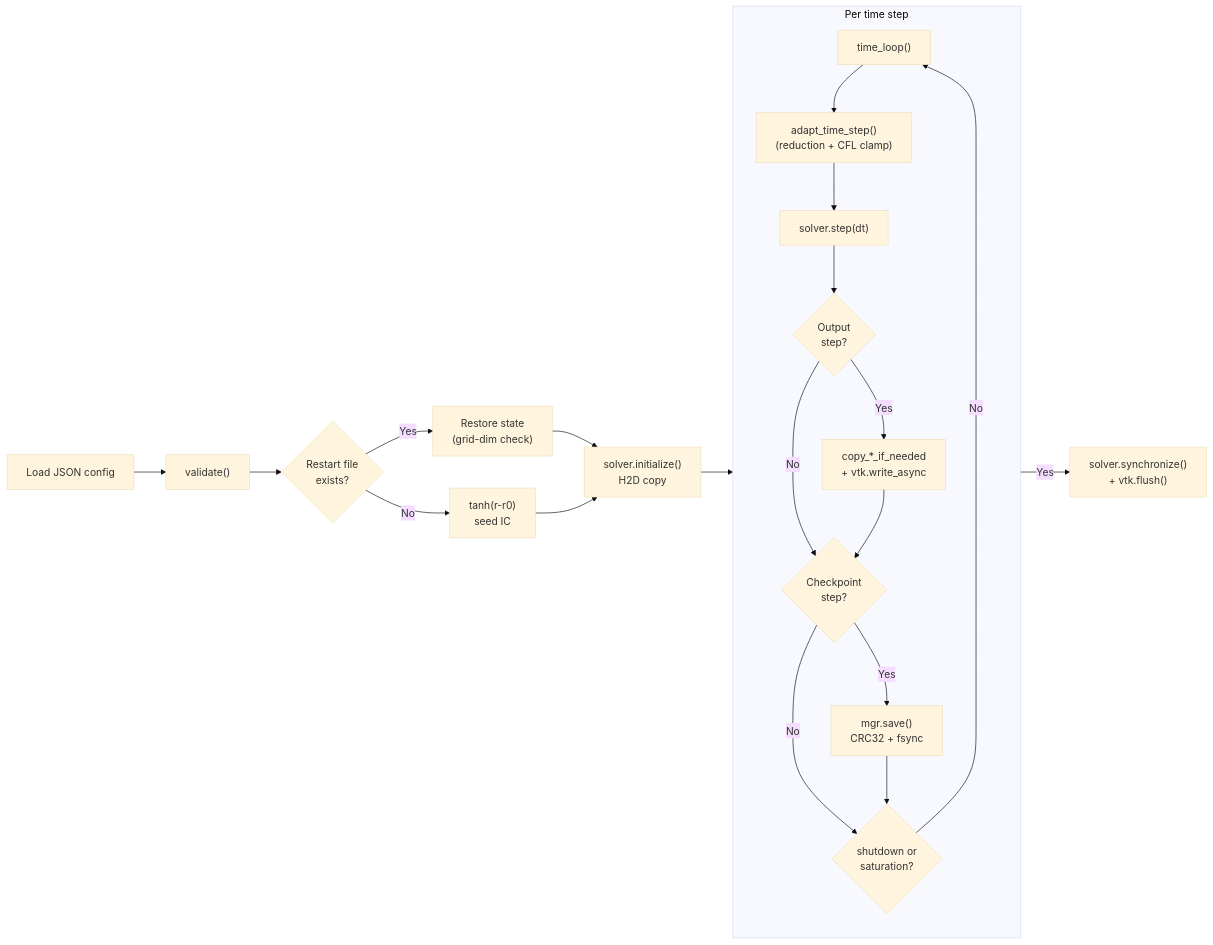
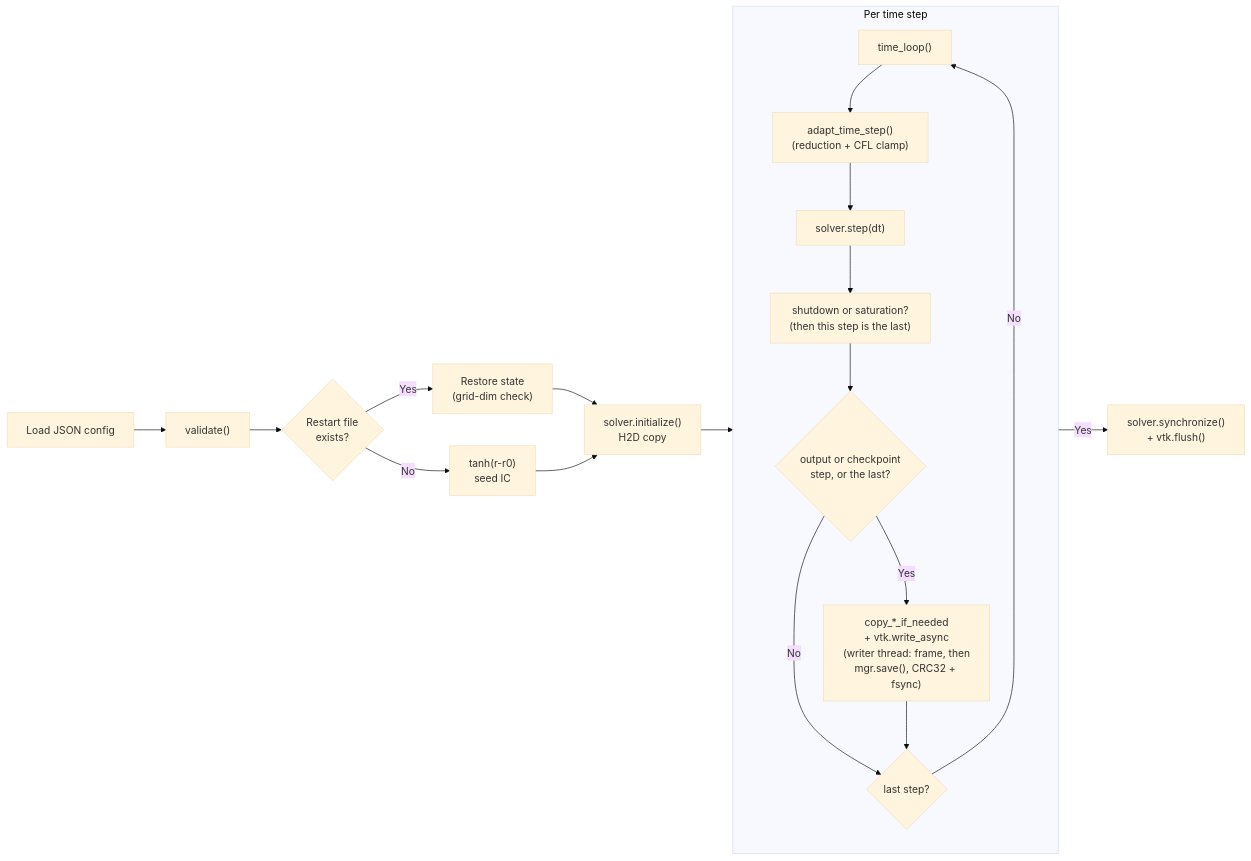
Before and after one commit to myousefi2016/Allen-Cahn-CUDA: the second of 4 diagrams in README.md, drawn with Mermaid (base theme). The commit also changed other lines of this file and 11 other files, not shown here.

````diff
--- a/README.md
+++ b/README.md
@@ -110,26 +110,24 @@
 ```mermaid
 flowchart LR
     A["Load JSON config"] --> B["validate()"]
     B --> C{"Restart file<br/>exists?"}
     C -->|Yes| D["Restore state<br/>(grid-dim check)"]
     C -->|No| E["tanh(r-r0)<br/>seed IC"]
     D --> F["solver.initialize()<br/>H2D copy"]
     E --> F
     F --> G["time_loop()"]
 
     subgraph TL["Per time step"]
         direction TB
         G --> H["adapt_time_step()<br/>(reduction + CFL clamp)"]
         H --> I["solver.step(dt)"]
-        I --> J{"Output<br/>step?"}
-        J -->|Yes| K["copy_*_if_needed<br/>+ vtk.write_async"]
-        J -->|No| L{"Checkpoint<br/>step?"}
-        K --> L
-        L -->|Yes| M["mgr.save()<br/>CRC32 + fsync"]
-        L -->|No| N{"shutdown or<br/>saturation?"}
-        M --> N
+        I --> J["shutdown or saturation?<br/>(then this step is the last)"]
+        J --> K{"output or checkpoint<br/>step, or the last?"}
+        K -->|Yes| L["copy_*_if_needed<br/>+ vtk.write_async<br/>(writer thread: frame, then<br/>mgr.save(), CRC32 + fsync)"]
+        K -->|No| N{"last step?"}
+        L --> N
         N -->|No| G
     end
 
     N -->|Yes| O["solver.synchronize()<br/>+ vtk.flush()"]
 ```
````
